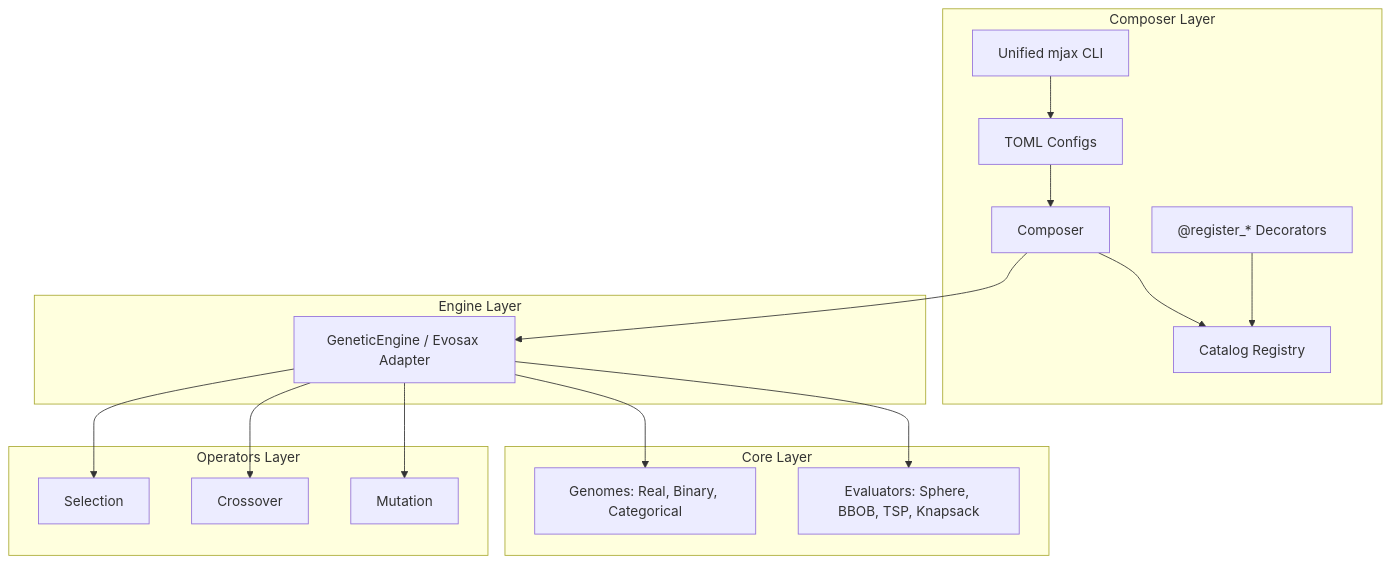
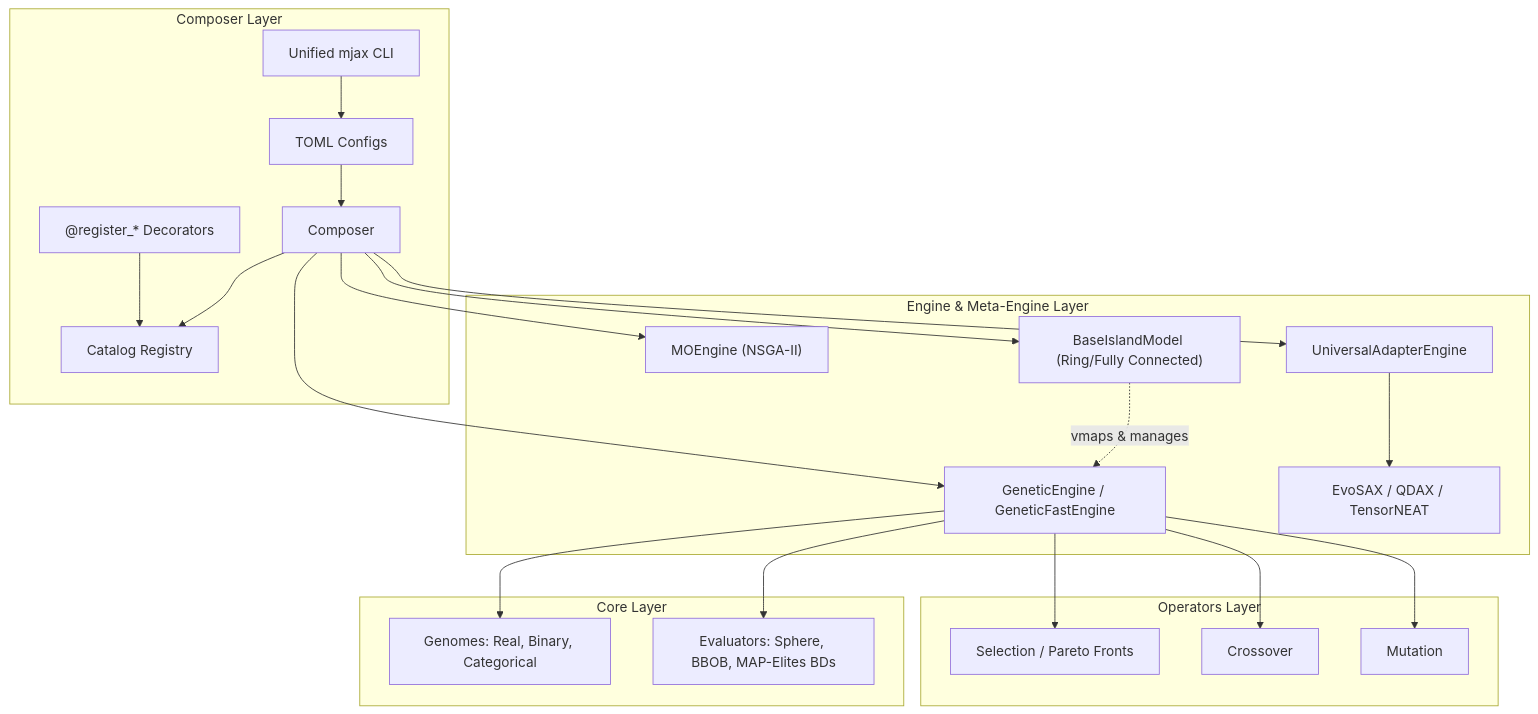
Before and after one commit to LeonardoDiCaterina/MalthusJAX: the diagram in README.md, drawn with Mermaid. The commit also changed other lines of this file, not shown here.

Commit message:
docs(readme): document Composer, NSGA-II, MAP-Elites, and GPU Island Models

````diff
--- a/README.md
+++ b/README.md
@@ -31,24 +35,30 @@
 ```mermaid
 graph TD
     subgraph composer_layer[Composer Layer]
         cli["Unified mjax CLI"] --> config["TOML Configs"]
         config --> composer["Composer"]
         decorators["@register_* Decorators"] --> registry["Catalog Registry"]
         composer --> registry
     end
 
-    subgraph engine_layer[Engine Layer]
-        composer --> engine["GeneticEngine / Evosax Adapter"]
+    subgraph engine_layer[Engine & Meta-Engine Layer]
+        composer --> base_engine["GeneticEngine / GeneticFastEngine"]
+        composer --> mo_engine["MOEngine (NSGA-II)"]
+        composer --> island_meta["BaseIslandModel (Ring/Fully Connected)"]
+        composer --> adapter_engine["UniversalAdapterEngine"]
+        
+        island_meta -.-> |vmaps & manages| base_engine
+        adapter_engine --> evosax["EvoSAX / QDAX / TensorNEAT"]
     end
 
     subgraph operators_layer[Operators Layer]
-        engine --> selection["Selection"]
-        engine --> crossover["Crossover"]
-        engine --> mutation["Mutation"]
+        base_engine --> selection["Selection / Pareto Fronts"]
+        base_engine --> crossover["Crossover"]
+        base_engine --> mutation["Mutation"]
     end
 
     subgraph core_layer[Core Layer]
-        engine --> genomes["Genomes: Real, Binary, Categorical"]
-        engine --> evaluators["Evaluators: Sphere, BBOB, TSP, Knapsack"]
+        base_engine --> genomes["Genomes: Real, Binary, Categorical"]
+        base_engine --> evaluators["Evaluators: Sphere, BBOB, MAP-Elites BDs"]
     end
 ```
````
